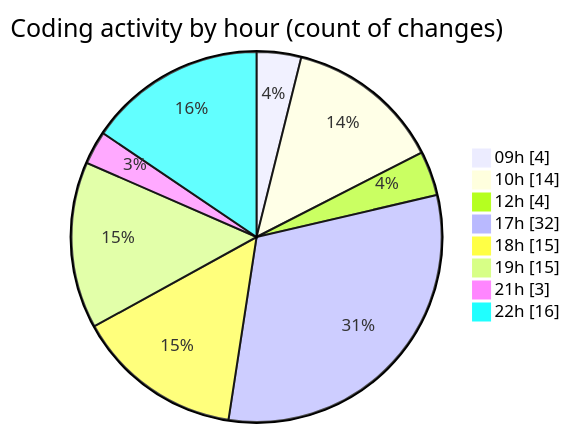
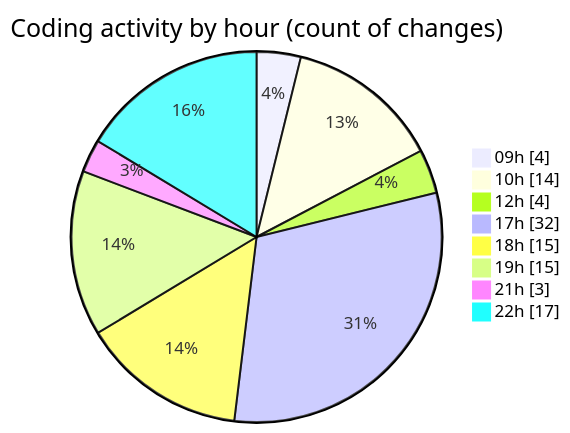
One commit to Elitesun/code-tracking changed the second of 2 diagrams in 2025-05-06/niten/README.md. Above: the diagram before and after it, drawn with Mermaid. The commit also changed other lines of this file and 1 other file, not shown here.

````diff
--- a/2025-05-06/niten/README.md
+++ b/2025-05-06/niten/README.md
@@ -64,12 +64,12 @@
 ```mermaid
 pie showData
 title Coding activity by hour (count of changes)
 "09h" : 4
 "10h" : 14
 "12h" : 4
 "17h" : 32
 "18h" : 15
 "19h" : 15
 "21h" : 3
-"22h" : 16
+"22h" : 17
 ```
````
